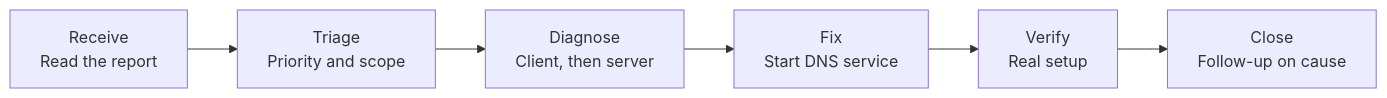
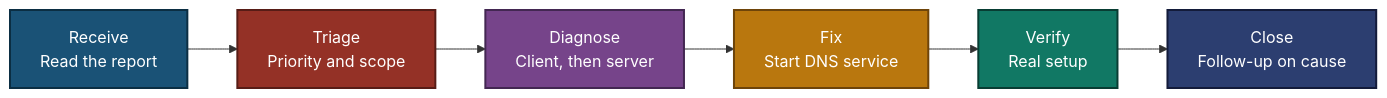
Before and after one commit to malaika-azhar/Customer-Tech-Support-Portfolio: the second of 5 diagrams in 02-Ticket-simulations/02.1-DNS-Ticket.md, drawn with Mermaid. The commit also changed other lines of this file, not shown here.

````diff
--- a/02-Ticket-simulations/02.1-DNS-Ticket.md
+++ b/02-Ticket-simulations/02.1-DNS-Ticket.md
@@ -121,4 +127,16 @@
 ```mermaid
 flowchart LR
     A["Receive<br>Read the report"] --> B["Triage<br>Priority and scope"] --> C["Diagnose<br>Client, then server"] --> D["Fix<br>Start DNS service"] --> E["Verify<br>Real setup"] --> F["Close<br>Follow-up on cause"]
+    classDef blue fill:#1A5276,stroke:#0B2E43,stroke-width:2px,color:#FFFFFF;
+    classDef red fill:#943126,stroke:#571C16,stroke-width:2px,color:#FFFFFF;
+    classDef purple fill:#76448A,stroke:#432752,stroke-width:2px,color:#FFFFFF;
+    classDef orange fill:#B9770E,stroke:#6E4409,stroke-width:2px,color:#FFFFFF;
+    classDef green fill:#117864,stroke:#083D33,stroke-width:2px,color:#FFFFFF;
+    classDef navy fill:#2C3E70,stroke:#131B3A,stroke-width:2px,color:#FFFFFF;
+    class A blue;
+    class B red;
+    class C purple;
+    class D orange;
+    class E green;
+    class F navy;
 ```
````
